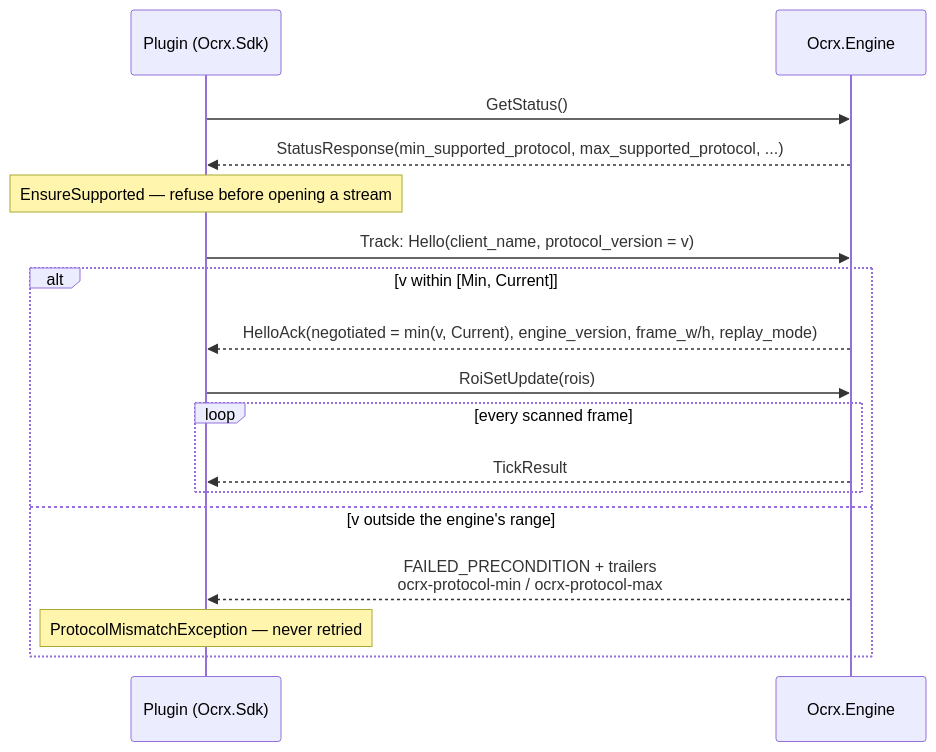
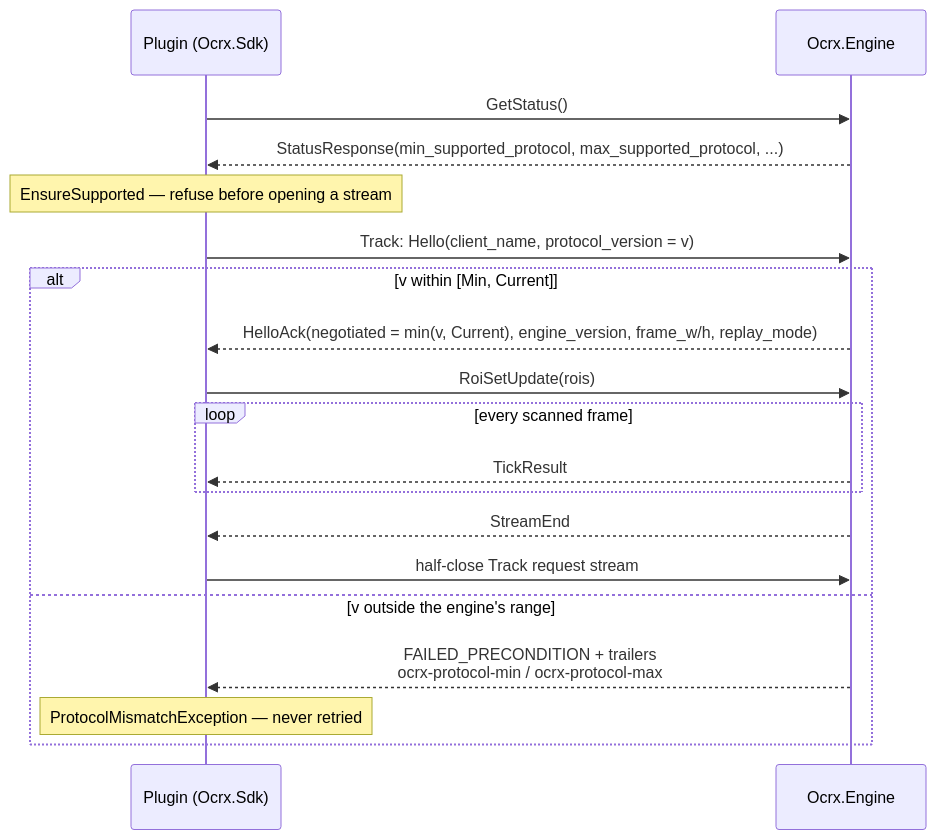
The diagram in docs/PROTOCOL.md (PetitCastor/ocrx-sdk), drawn with Mermaid before and after one commit. The commit also changed other lines of this file and 7 other files, not shown here.

````diff
--- a/docs/PROTOCOL.md
+++ b/docs/PROTOCOL.md
@@ -31,21 +31,23 @@
 ```mermaid
 sequenceDiagram
     participant P as Plugin (Ocrx.Sdk)
     participant E as Ocrx.Engine
 
     P->>E: GetStatus()
     E-->>P: StatusResponse(min_supported_protocol, max_supported_protocol, ...)
     Note over P: EnsureSupported — refuse before opening a stream
 
     P->>E: Track: Hello(client_name, protocol_version = v)
     alt v within [Min, Current]
         E-->>P: HelloAck(negotiated = min(v, Current), engine_version, frame_w/h, replay_mode)
         P->>E: RoiSetUpdate(rois)
         loop every scanned frame
             E-->>P: TickResult
         end
+        E-->>P: StreamEnd
+        P->>E: half-close Track request stream
     else v outside the engine's range
         E-->>P: FAILED_PRECONDITION + trailers<br/>ocrx-protocol-min / ocrx-protocol-max
         Note over P: ProtocolMismatchException — never retried
     end
 ```
````
